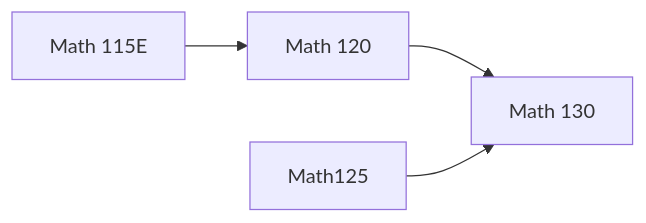
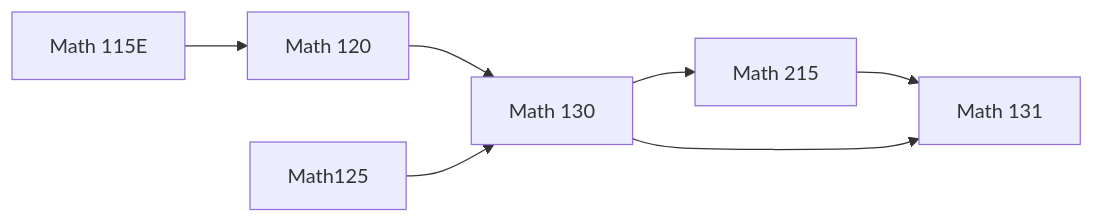
One commit to DrErickson/Flowchart-Testing changed the diagram in flowchart.md. Above: the diagram before and after it, drawn with Mermaid.

````diff
--- a/flowchart.md
+++ b/flowchart.md
@@ -1,6 +1,9 @@
 ```mermaid
 graph LR
 Math115[Math 115E] --> Math120[Math 120]
 Math120 --> Math130[Math 130]
 Math125 --> Math130
+Math215[Math 215] --> Math131
+Math130[Math 130] --> Math131[Math 131]
+Math130 --> Math215
 ```
````
